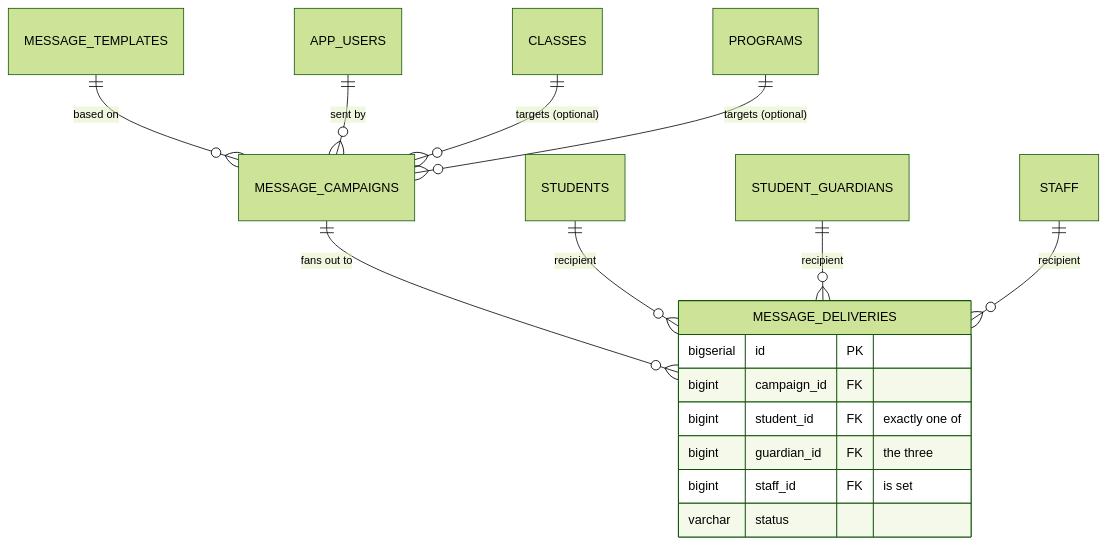
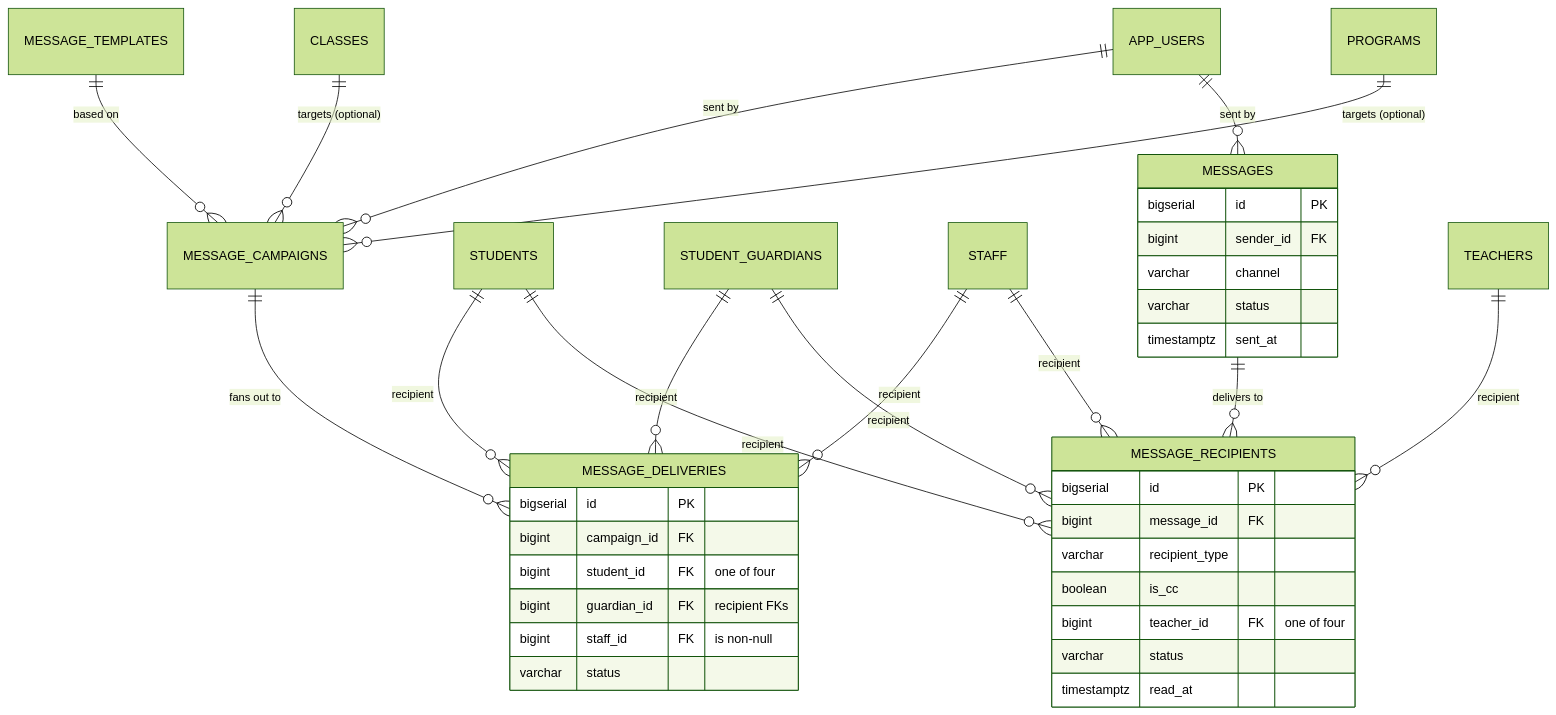
One commit to harleycalvert/nvims changed the eighth of 11 diagrams in docs/DATABASE.md. Above: the diagram before and after it, drawn with Mermaid (forest theme). The commit also changed other lines of this file and 1 other file, not shown here.

Commit message:
added teacher messaging support

````diff
--- a/docs/DATABASE.md
+++ b/docs/DATABASE.md
@@ -313,20 +313,42 @@
 ```mermaid
 erDiagram
     MESSAGE_TEMPLATES ||--o{ MESSAGE_CAMPAIGNS : "based on"
     MESSAGE_CAMPAIGNS ||--o{ MESSAGE_DELIVERIES : "fans out to"
     APP_USERS ||--o{ MESSAGE_CAMPAIGNS : "sent by"
     CLASSES ||--o{ MESSAGE_CAMPAIGNS : "targets (optional)"
     PROGRAMS ||--o{ MESSAGE_CAMPAIGNS : "targets (optional)"
-    STUDENTS ||--o{ MESSAGE_DELIVERIES : "recipient"
-    STUDENT_GUARDIANS ||--o{ MESSAGE_DELIVERIES : "recipient"
-    STAFF ||--o{ MESSAGE_DELIVERIES : "recipient"
+    STUDENTS ||--o{ MESSAGE_DELIVERIES : recipient
+    STUDENT_GUARDIANS ||--o{ MESSAGE_DELIVERIES : recipient
+    STAFF ||--o{ MESSAGE_DELIVERIES : recipient
+    APP_USERS ||--o{ MESSAGES : "sent by"
+    MESSAGES ||--o{ MESSAGE_RECIPIENTS : "delivers to"
+    STUDENTS ||--o{ MESSAGE_RECIPIENTS : recipient
+    STUDENT_GUARDIANS ||--o{ MESSAGE_RECIPIENTS : recipient
+    STAFF ||--o{ MESSAGE_RECIPIENTS : recipient
+    TEACHERS ||--o{ MESSAGE_RECIPIENTS : recipient
 
     MESSAGE_DELIVERIES {
         bigserial id PK
         bigint campaign_id FK
-        bigint student_id FK "exactly one of"
-        bigint guardian_id FK "the three"
-        bigint staff_id FK "is set"
+        bigint student_id FK "one of four"
+        bigint guardian_id FK "recipient FKs"
+        bigint staff_id FK "is non-null"
         varchar status
     }
+    MESSAGES {
+        bigserial id PK
+        bigint sender_id FK
+        varchar channel
+        varchar status
+        timestamptz sent_at
+    }
+    MESSAGE_RECIPIENTS {
+        bigserial id PK
+        bigint message_id FK
+        varchar recipient_type
+        boolean is_cc
+        bigint teacher_id FK "one of four"
+        varchar status
+        timestamptz read_at
+    }
 ```
````
